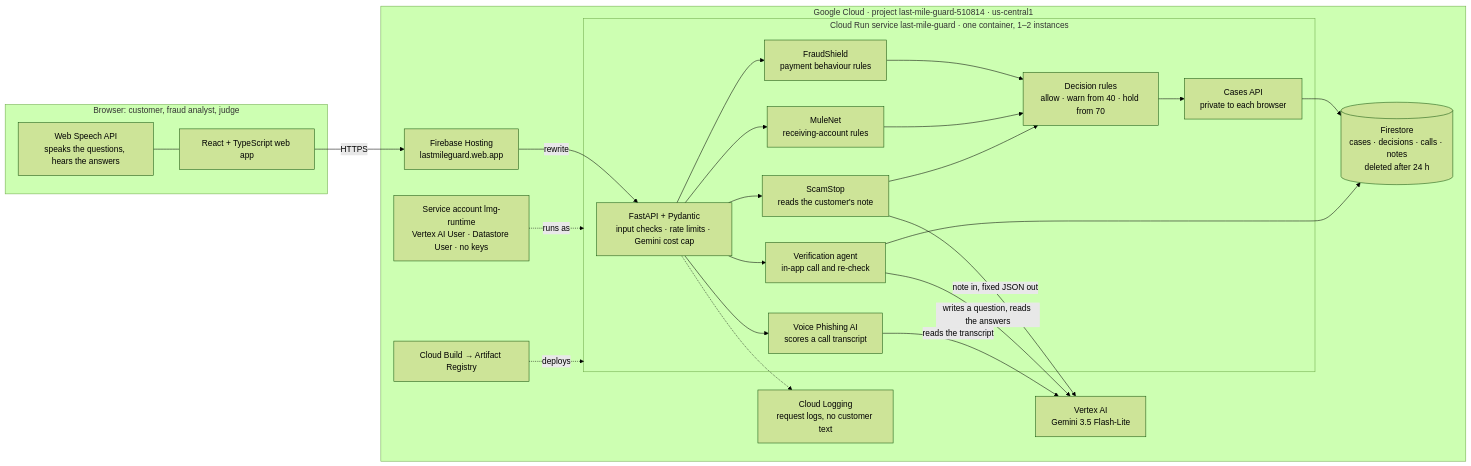
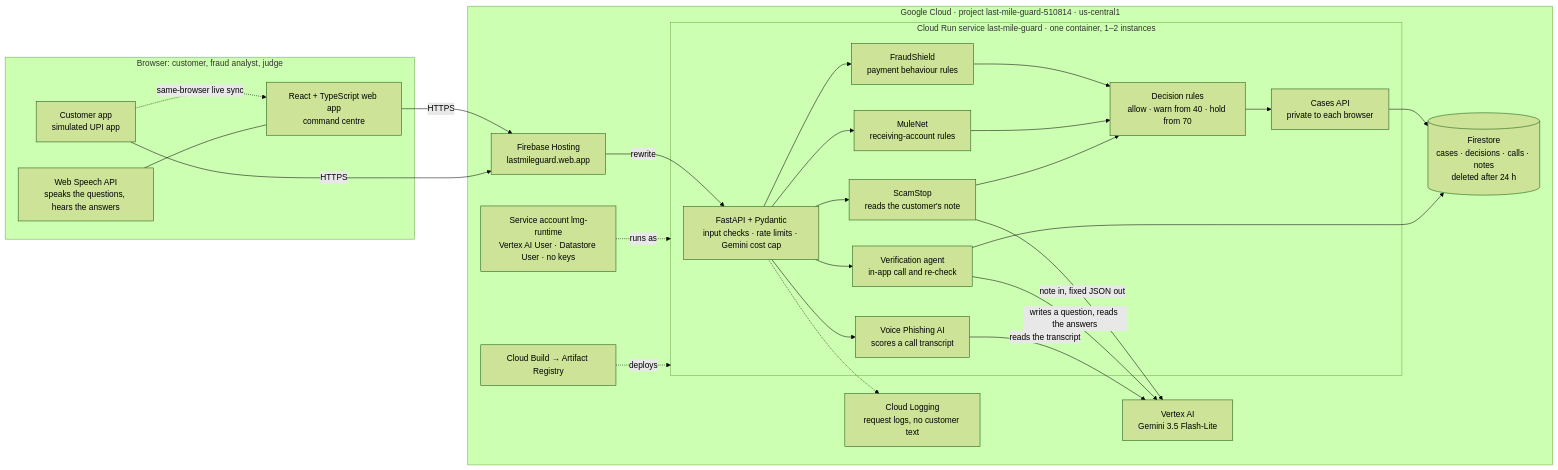
Before and after one commit to 05lakb/scamguard: the first of 2 diagrams in README.md, drawn with Mermaid (forest theme). The commit also changed other lines of this file, not shown here.

First line of the commit message:
README: how the prototype is built, its data sources, the customer app and its limitations

````diff
--- a/README.md
+++ b/README.md
@@ -69,43 +124,46 @@
 ```mermaid
 flowchart LR
   subgraph USERS["Browser: customer, fraud analyst, judge"]
-    UI["React + TypeScript web app"]
+    UI["React + TypeScript web app<br/>command centre"]
+    CUST["Customer app<br/>simulated UPI app"]
     SPEECH["Web Speech API<br/>speaks the questions, hears the answers"]
   end
 
   subgraph GCP["Google Cloud · project last-mile-guard-510814 · us-central1"]
     HOST["Firebase Hosting<br/>lastmileguard.web.app"]
 
     subgraph RUN["Cloud Run service last-mile-guard · one container, 1–2 instances"]
       API["FastAPI + Pydantic<br/>input checks · rate limits · Gemini cost cap"]
       FS["FraudShield<br/>payment behaviour rules"]
       MN["MuleNet<br/>receiving-account rules"]
       SS["ScamStop<br/>reads the customer's note"]
       DEC["Decision rules<br/>allow · warn from 40 · hold from 70"]
       VER["Verification agent<br/>in-app call and re-check"]
       VAI["Voice Phishing AI<br/>scores a call transcript"]
       CASES["Cases API<br/>private to each browser"]
     end
 
     GEM["Vertex AI<br/>Gemini 3.5 Flash-Lite"]
     DB[("Firestore<br/>cases · decisions · calls · notes<br/>deleted after 24 h")]
     SA["Service account lmg-runtime<br/>Vertex AI User · Datastore User · no keys"]
     LOG["Cloud Logging<br/>request logs, no customer text"]
     CB["Cloud Build → Artifact Registry"]
   end
 
   UI -- HTTPS --> HOST -- rewrite --> API
+  CUST -- HTTPS --> HOST
+  CUST -. "same-browser live sync" .-> UI
   SPEECH --- UI
   API --> FS & MN & SS
   FS & MN & SS --> DEC
   DEC --> CASES
   API --> VER & VAI
   SS -- "note in, fixed JSON out" --> GEM
   VER -- "writes a question, reads the answers" --> GEM
   VAI -- "reads the transcript" --> GEM
   CASES --> DB
   VER --> DB
   SA -. "runs as" .-> RUN
   API -.-> LOG
   CB -. "deploys" .-> RUN
 ```
````
